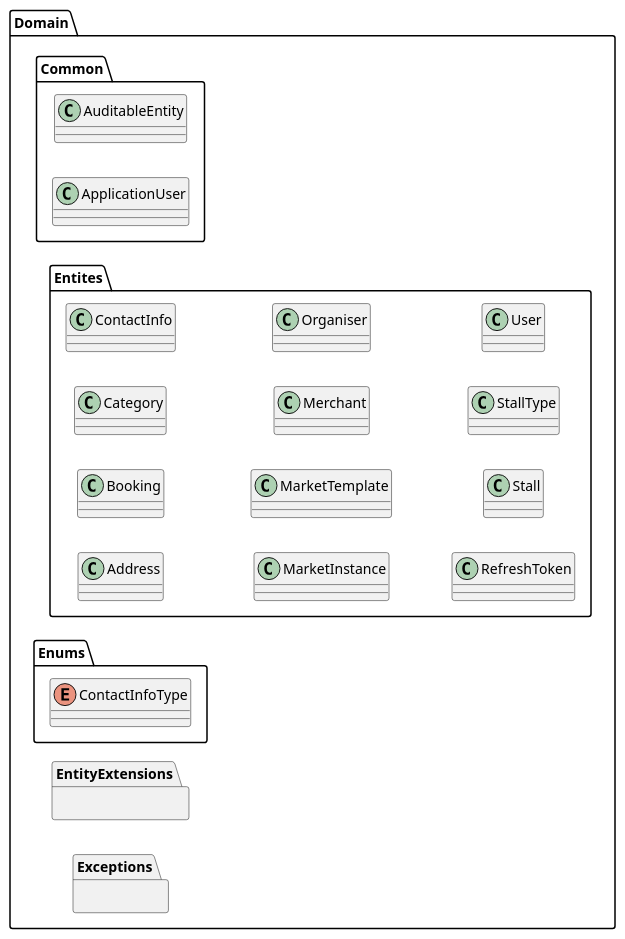
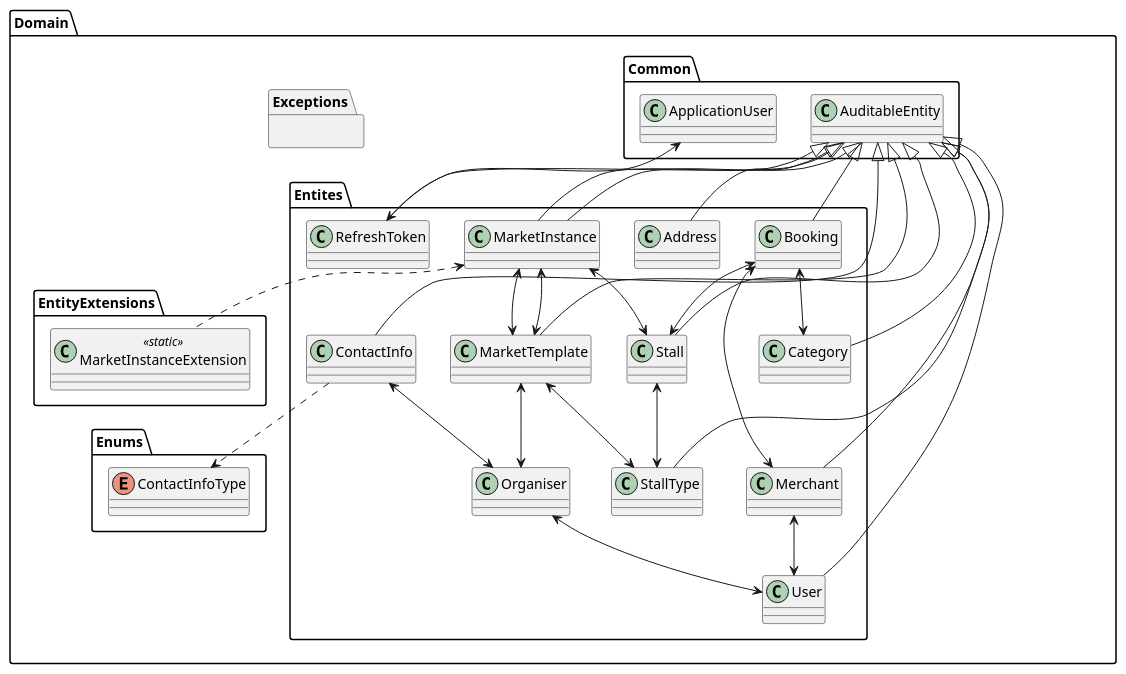
Before and after one commit to JeppeTrip/LoppePortalen: the diagram in docs/packageDiagrams/domain.plantuml, drawn with PlantUML. The commit also changed 1 other file, not shown here.

Commit message:
setup the entity extension methods.

```diff
--- a/docs/packageDiagrams/domain.plantuml
+++ b/docs/packageDiagrams/domain.plantuml
@@ -1,79 +1,117 @@
 @startuml
-left to right direction
-
 package Domain {
     package Common {
         class AuditableEntity {
 
         }
 
         class ApplicationUser {
 
         }
     }
 
     package Entites {
         class Address {
 
         }
 
         class Booking {
 
         }
 
         class Category {
 
         }
 
         class ContactInfo {
 
         }
 
         class MarketInstance {
 
         }
 
         class MarketTemplate {
 
         }
 
         class Merchant {
             
         }
 
         class Organiser {
 
         }
 
         class RefreshToken {
 
         }
 
         class Stall {
 
         }
 
         class StallType {
 
         }
 
         class User {
 
         }
     }
 
     package Enums {
         enum ContactInfoType {
 
         }
     }
 
     package EntityExtensions {
+        class MarketInstanceExtension << static >> {
 
+        }
     }
 
     package Exceptions {
 
     }
 }
+
+ContactInfo ..> ContactInfoType
+ContactInfo -up-|> AuditableEntity
+MarketInstance -up-|> AuditableEntity
+Category -up-|> AuditableEntity
+MarketTemplate -up-|> AuditableEntity
+MarketInstance -up-|> AuditableEntity
+Merchant -up-|> AuditableEntity
+Booking -up-|> AuditableEntity
+StallType -up-|> AuditableEntity
+Stall -up-|> AuditableEntity
+User -up-|> AuditableEntity
+Address -up-|> AuditableEntity
+RefreshToken -up-|> AuditableEntity
+
+
+Booking <--> Merchant
+Booking <--> Stall
+Booking <--> Category
+
+ContactInfo <--> Organiser
+
+MarketInstance <--> MarketTemplate
+MarketInstance <--> Stall
+
+MarketTemplate <--> MarketInstance
+MarketTemplate <--> StallType
+MarketTemplate <--> Organiser
+
+Merchant <--> User
+
+Organiser <--> User
+
+RefreshToken <--> ApplicationUser
+
+Stall <--> StallType
+
+MarketInstanceExtension .up.> MarketInstance
 @enduml
```
